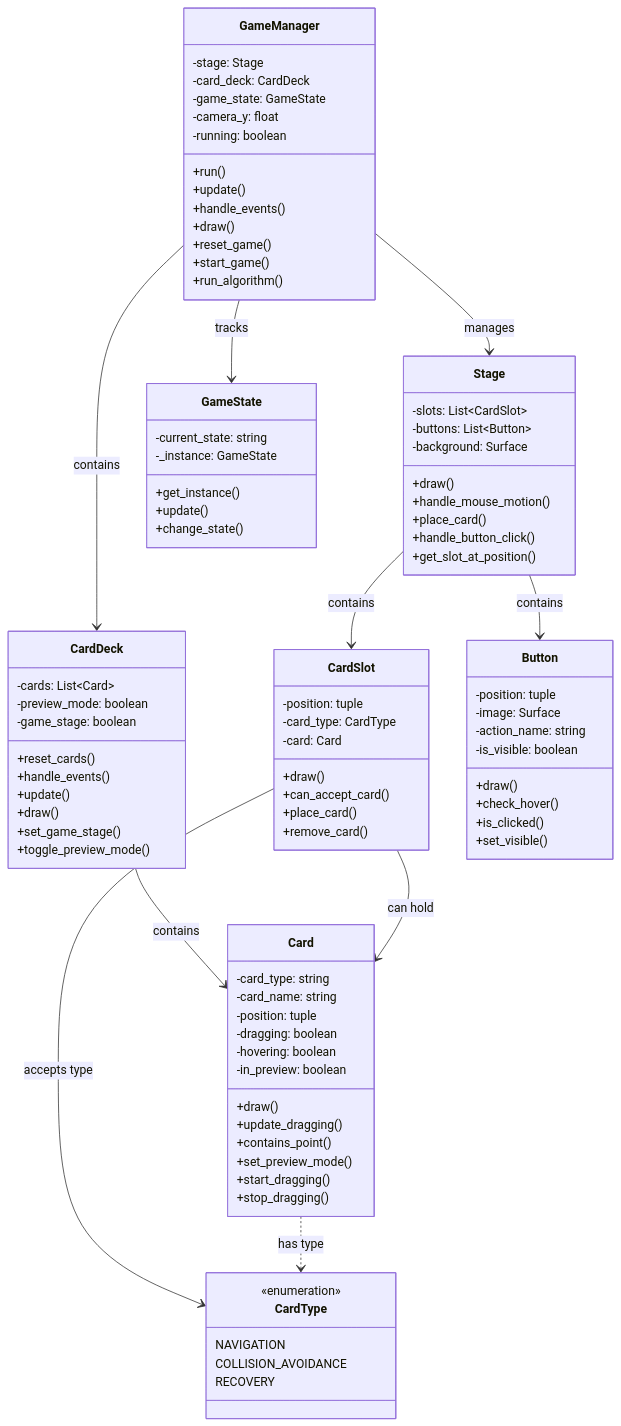
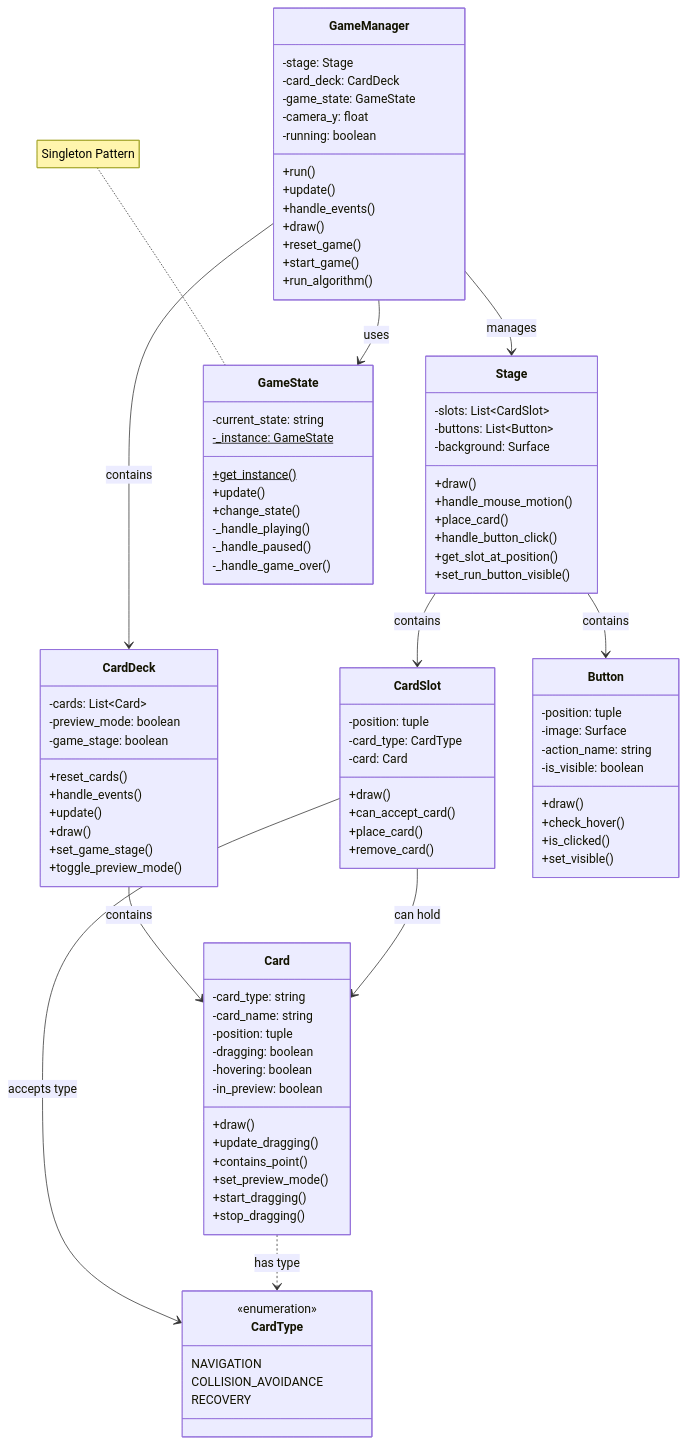
One commit to NapatzZ/nav-card changed the diagram in DESCRIPTION.md. Above: the diagram before and after it, drawn with Mermaid. The commit also changed 27 other files, not shown here.

````diff
--- a/DESCRIPTION.md
+++ b/DESCRIPTION.md
@@ -118,6 +118,7 @@
         +place_card()
         +handle_button_click()
         +get_slot_at_position()
+        +set_run_button_visible()
     }
     
     class CardSlot {
@@ -143,15 +144,18 @@
     
     class GameState {
         -current_state: string
-        -_instance: GameState
-        +get_instance()
+        -_instance: GameState$
+        +get_instance()$
         +update()
         +change_state()
+        -_handle_playing()
+        -_handle_paused()
+        -_handle_game_over()
     }
     
     GameManager --> Stage : manages
     GameManager --> CardDeck : contains
-    GameManager --> GameState : tracks
+    GameManager --> GameState : uses
     
     Stage --> CardSlot : contains
     Stage --> Button : contains
@@ -162,4 +166,6 @@
     CardSlot --> CardType : accepts type
     
     Card ..> CardType : has type
+    
+    note for GameState "Singleton Pattern"
 ```
````
